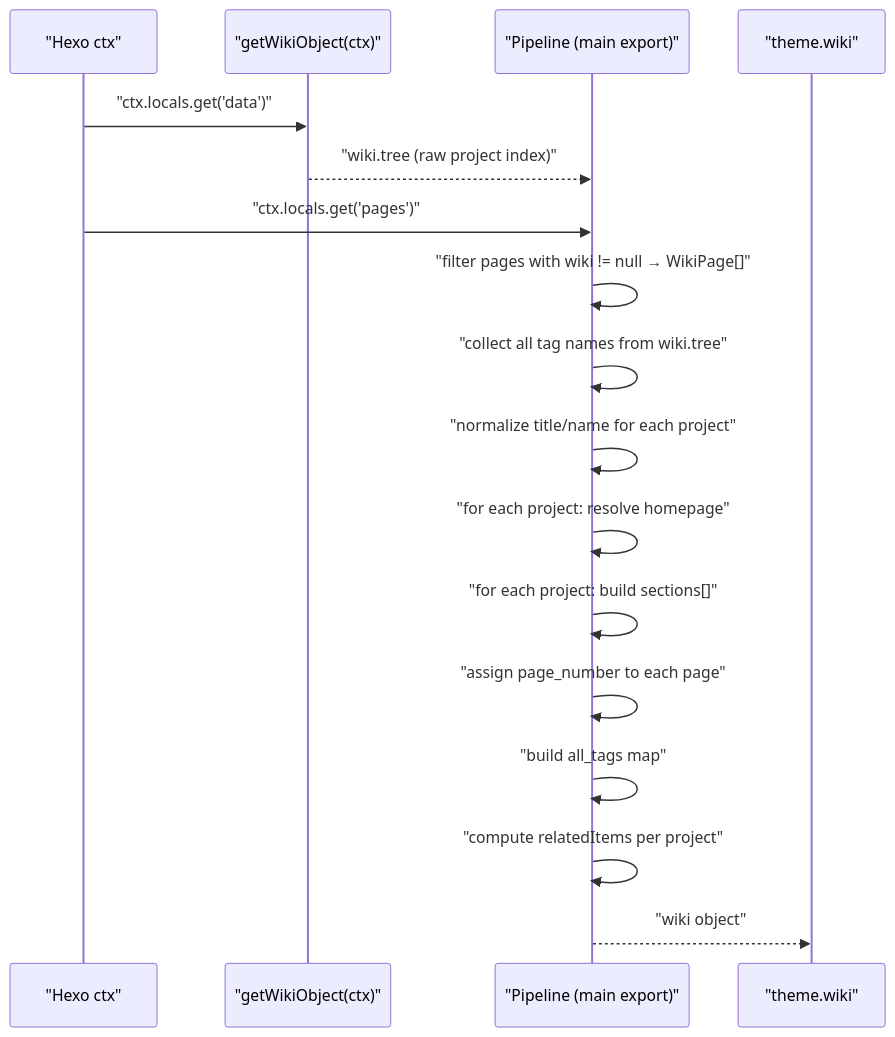
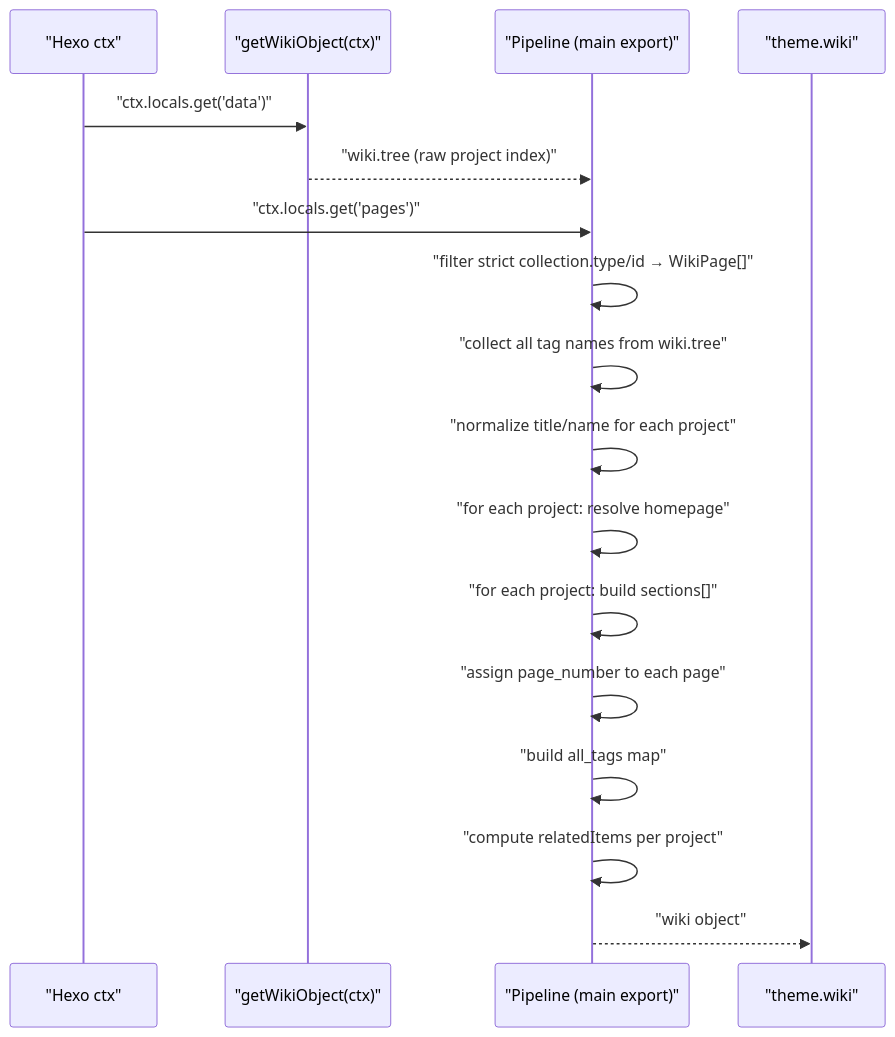
The second of 6 diagrams in docs/knowledge/03-内容系统/wiki-docs.md (xaoxuu/hexo-theme-stellar), drawn with Mermaid before and after one commit. The commit also changed other lines of this file and 12 other files, not shown here.

Commit message:
feat(v2): 建立 Wiki PageViewModel 链路 (#698)

````diff
--- a/docs/knowledge/03-内容系统/wiki-docs.md
+++ b/docs/knowledge/03-内容系统/wiki-docs.md
@@ -266,20 +284,20 @@
 ```mermaid
 sequenceDiagram
     participant H as "Hexo ctx"
     participant G as "getWikiObject(ctx)"
     participant P as "Pipeline (main export)"
     participant T as "theme.wiki"
 
     H->>G: "ctx.locals.get('data')"
     G-->>P: "wiki.tree (raw project index)"
     H->>P: "ctx.locals.get('pages')"
-    P->>P: "filter pages with wiki != null → WikiPage[]"
+    P->>P: "filter strict collection.type/id → WikiPage[]"
     P->>P: "collect all tag names from wiki.tree"
     P->>P: "normalize title/name for each project"
     P->>P: "for each project: resolve homepage"
     P->>P: "for each project: build sections[]"
     P->>P: "assign page_number to each page"
     P->>P: "build all_tags map"
     P->>P: "compute relatedItems per project"
     P-->>T: "wiki object"
 ```
````
